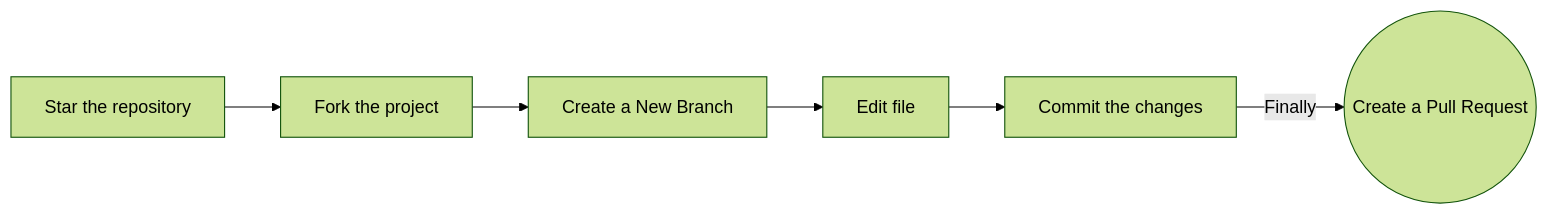
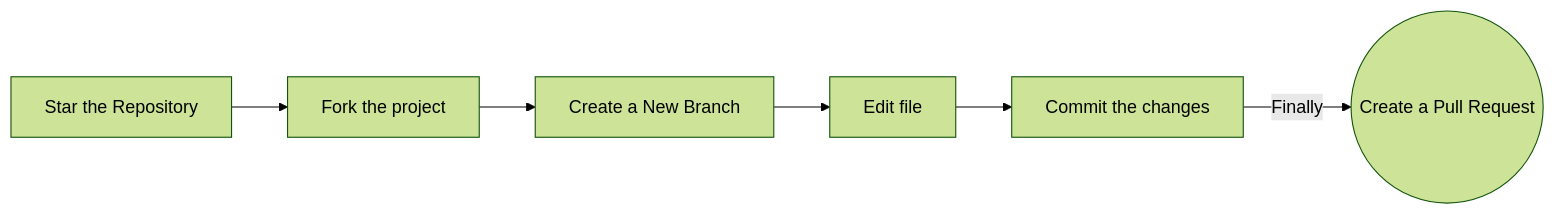
The diagram in README.md (victorpreston/Python-Projects), drawn with Mermaid (forest theme) before and after one commit.

````diff
--- a/README.md
+++ b/README.md
@@ -37,9 +37,9 @@
   ```mermaid
 flowchart LR
-    Star[Star the repository]-->Fork
+    Star[Star the Repository]-->Fork
     Fork[Fork the project]-->branch[Create a New Branch]
     branch-->Edit[Edit file]
     Edit-->commit[Commit the changes]
     commit -->|Finally|creatpr((Create a Pull Request))
     
  ```
````
